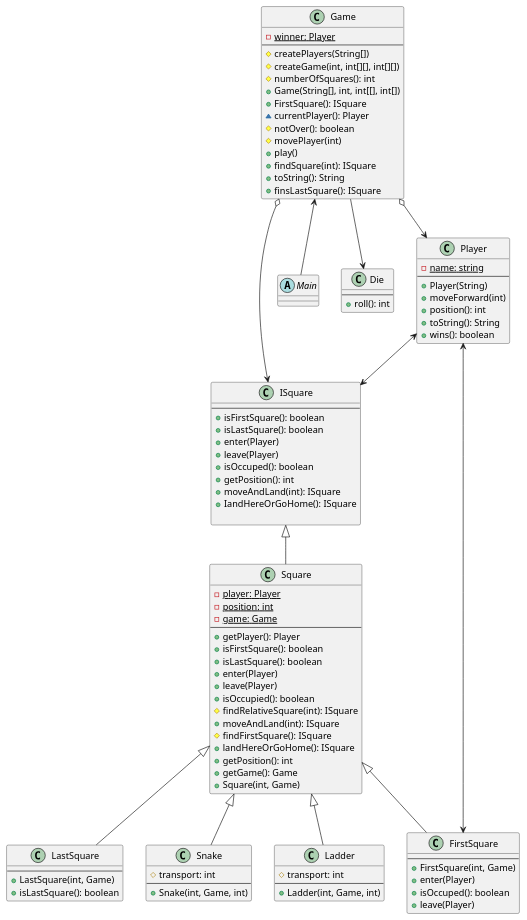
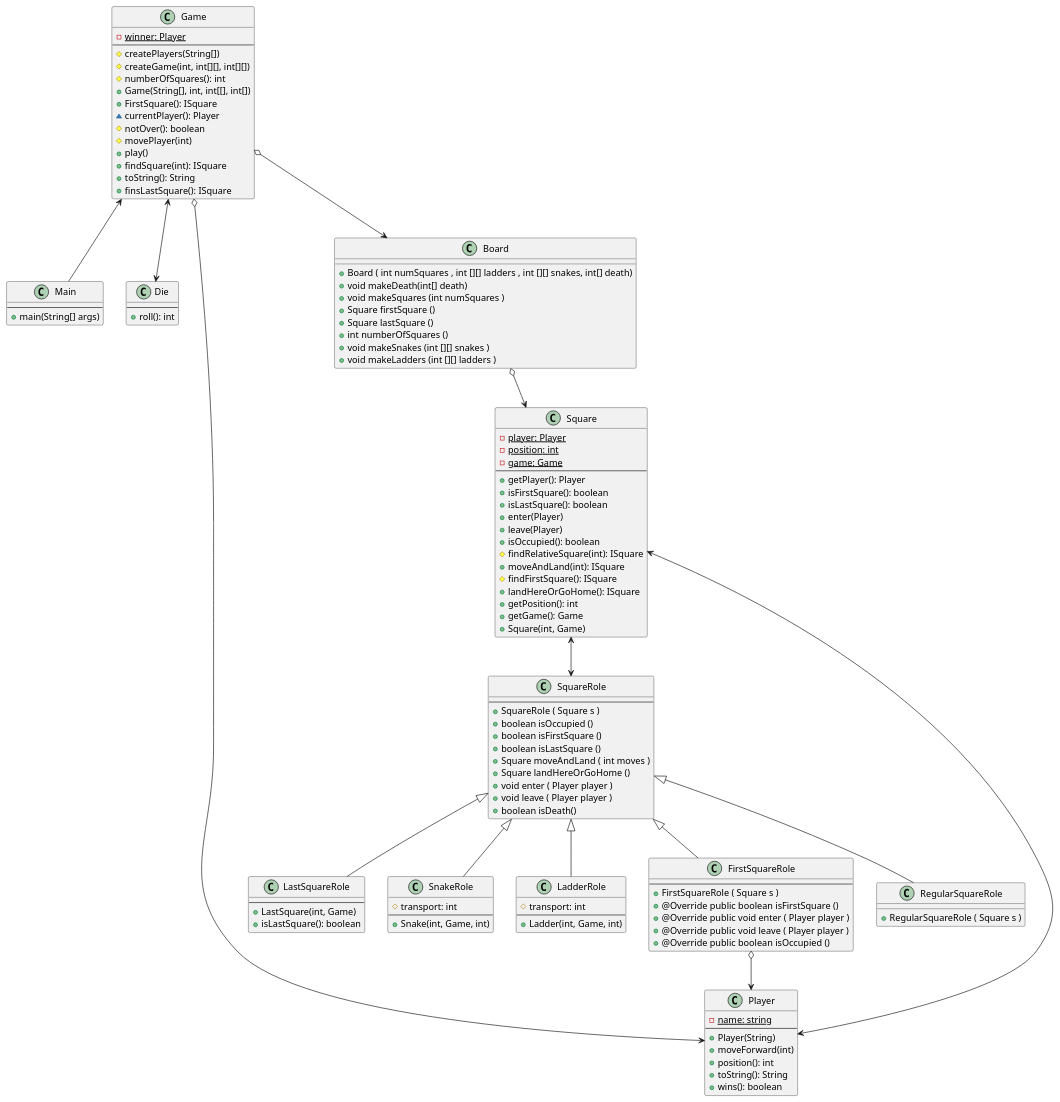
The diagram in SnakesAndLaddersV2/src/UMLDiagram.puml (2015robot/Software_Design), drawn with PlantUML before and after one commit. The commit also changed other lines of this file and 4 other files, not shown here.

```diff
--- a/SnakesAndLaddersV2/src/UMLDiagram.puml
+++ b/SnakesAndLaddersV2/src/UMLDiagram.puml
@@ -1,117 +1,147 @@
 @startuml
-abstract class ISquare
 abstract class Square
 abstract class Game
 abstract class Main
 abstract class Die
 abstract class Player
-abstract class LastSquare
-abstract class Snake
-abstract class Ladder
-abstract class FirstSquare
+abstract class LastSquareRole
+abstract class SnakeRole
+abstract class LadderRole
+abstract class FirstSquareRole
+abstract class Board
+abstract class SquareRole
+abstract class RegularSquareRole
 
-ISquare <|-- Square
-Game o--> ISquare
+
+
+SquareRole <|-- RegularSquareRole
 Game <-- Main
-Game --> Die
+Game <--> Die
 Game o--> Player
-Player <--> FirstSquare
-Player <--> ISquare
-Square <|-- FirstSquare
-Square <|-- Ladder
-Square <|-- Snake
-Square <|-- LastSquare
+Player <--> Square
+SquareRole <|-- FirstSquareRole
+SquareRole <|-- LadderRole
+SquareRole <|-- SnakeRole
+SquareRole <|-- LastSquareRole
+Square <--> SquareRole
+Board o-->Square
+Game o--> Board
+FirstSquareRole o--> Player
 
-class ISquare {
+class RegularSquareRole{
++ RegularSquareRole ( Square s )
+}
+
+
+class Main{
 --
-+ isFirstSquare(): boolean
-+ isLastSquare(): boolean
-+ enter(Player)
-+ leave(Player)
-+ isOccuped(): boolean
-+ getPosition(): int
-+ moveAndLand(int): ISquare
-+ IandHereOrGoHome(): ISquare
++ main(String[] args)
+}
 
+class SquareRole {
+--
++ SquareRole ( Square s )
++ boolean isOccupied ()
++ boolean isFirstSquare ()
++ boolean isLastSquare ()
++ Square moveAndLand ( int moves )
++ Square landHereOrGoHome ()
++ void enter ( Player player )
++ void leave ( Player player )
++ boolean isDeath()
 }
+
+class Board {
++ Board ( int numSquares , int [][] ladders , int [][] snakes, int[] death)
++ void makeDeath(int[] death)
++ void makeSquares (int numSquares )
++ Square firstSquare ()
++ Square lastSquare ()
++ int numberOfSquares ()
++ void makeSnakes (int [][] snakes )
++ void makeLadders (int [][] ladders )
+}
+
+
 
 class Square {
 - {static} player: Player
 - {static} position: int
 - {static} game: Game
 --
 + getPlayer(): Player
 + isFirstSquare(): boolean
 + isLastSquare(): boolean
 + enter(Player)
 + leave(Player)
 + isOccupied(): boolean
 # findRelativeSquare(int): ISquare
 + moveAndLand(int): ISquare
 #findFirstSquare(): ISquare
 + landHereOrGoHome(): ISquare
 + getPosition(): int
 + getGame(): Game
 + Square(int, Game)
 }
 
 class Die{
 --
 + roll(): int
 }
 
 class Game{
 - {static} winner: Player
 --
 # createPlayers(String[])
 # createGame(int, int[][], int[][])
 # numberOfSquares(): int
 + Game(String[], int, int[[], int[])
 + FirstSquare(): ISquare
 ~ currentPlayer(): Player
 # notOver(): boolean
 # movePlayer(int)
 + play()
 + findSquare(int): ISquare
 + toString(): String
 + finsLastSquare(): ISquare
 }
 
 class Player{
 - {static} name: string
 --
 + Player(String)
 + moveForward(int)
 + position(): int
 + toString(): String
 + wins(): boolean
 }
 
-class FirstSquare{
+class FirstSquareRole{
 --
-+ FirstSquare(int, Game)
-+ enter(Player)
-+ isOccuped(): boolean
-+ leave(Player)
++ FirstSquareRole ( Square s )
++ @Override public boolean isFirstSquare ()
++ @Override public void enter ( Player player )
++ @Override public void leave ( Player player )
++ @Override public boolean isOccupied ()
 }
 
-class Ladder{
+class LadderRole{
 # transport: int
 --
 + Ladder(int, Game, int)
 }
 
-class Snake{
+class SnakeRole{
 # transport: int
 --
 + Snake(int, Game, int)
 }
 
-class LastSquare{
+class LastSquareRole{
 --
 + LastSquare(int, Game)
 + isLastSquare(): boolean
 }
 
 
 @enduml
```
